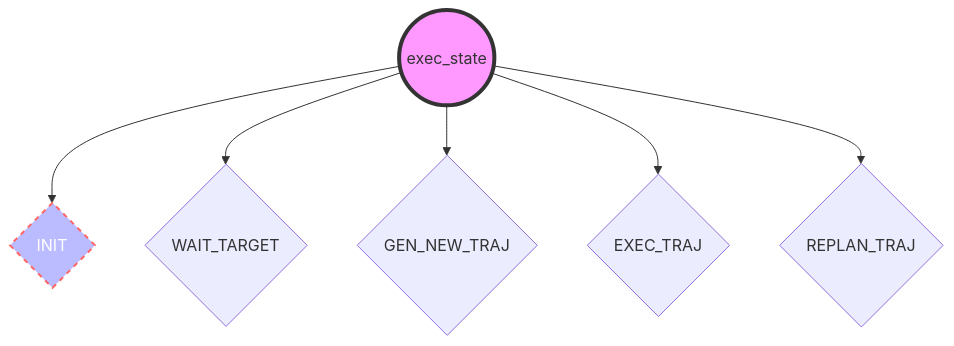
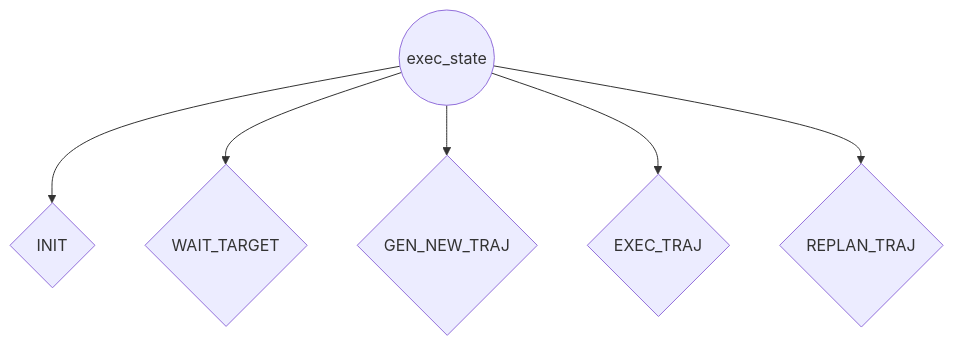
One commit to Dieptranivsr/drone_extend changed the first of 2 diagrams in sp_code/create_table.md. Above: the diagram before and after it, drawn with Mermaid.

````diff
--- a/sp_code/create_table.md
+++ b/sp_code/create_table.md
@@ -1,10 +1,8 @@
 ```mermaid
 flowchart TD
     id1((exec_state)) --> id2{INIT}
     id1 --> id3{WAIT_TARGET}
     id1 --> id4{GEN_NEW_TRAJ}
     id1 --> id5{EXEC_TRAJ}
     id1 --> id6{REPLAN_TRAJ}
-    style id1 fill:#f9f,stroke:#333,stroke-width:4px
-    style id2 fill:#bbf,stroke:#f66,stroke-width:2px,color:#fff,stroke-dasharray: 5 5
 ```
````
